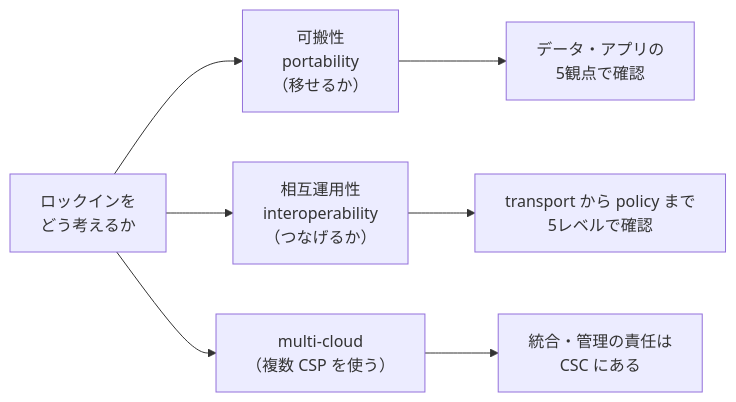
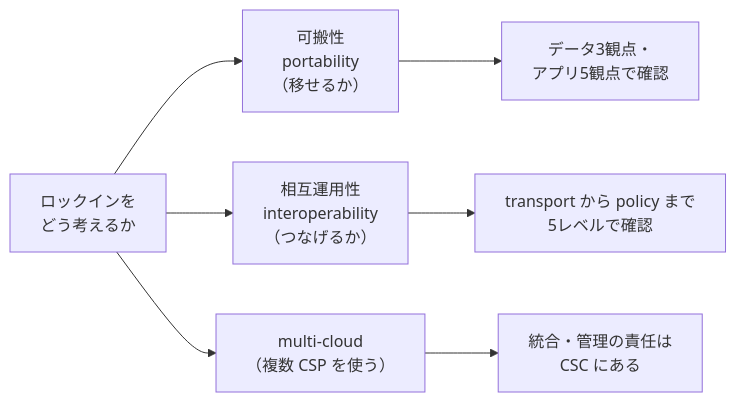
One commit to myoshi2891/Cloud-Infrastructure-and-Network-Studies changed diagram 15 of 15 in Iso-iec-22123-1-2023-guide.md. Above: the diagram before and after it, drawn with Mermaid.

Commit message:
docs(iso22123): distinguish portability facets between data and application in lock-in flowchart

````diff
--- a/Iso-iec-22123-1-2023-guide.md
+++ b/Iso-iec-22123-1-2023-guide.md
@@ -730,9 +730,9 @@
 ```mermaid
 flowchart LR
     LI["ロックインを<br/>どう考えるか"] --> PORT["可搬性<br/>portability<br/>（移せるか）"]
     LI --> INTER["相互運用性<br/>interoperability<br/>（つなげるか）"]
     LI --> MULTI["multi-cloud<br/>（複数 CSP を使う）"]
-    PORT --> P1["データ・アプリの<br/>5観点で確認"]
+    PORT --> P1["データ3観点・<br/>アプリ5観点で確認"]
     INTER --> I1["transport から policy まで<br/>5レベルで確認"]
     MULTI --> M1["統合・管理の責任は<br/>CSC にある"]
 ```
````
